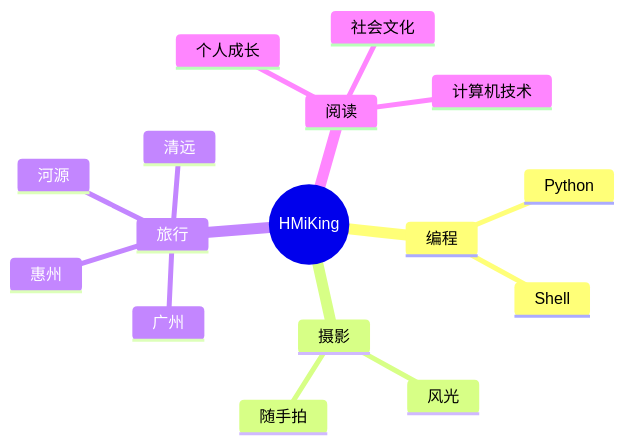
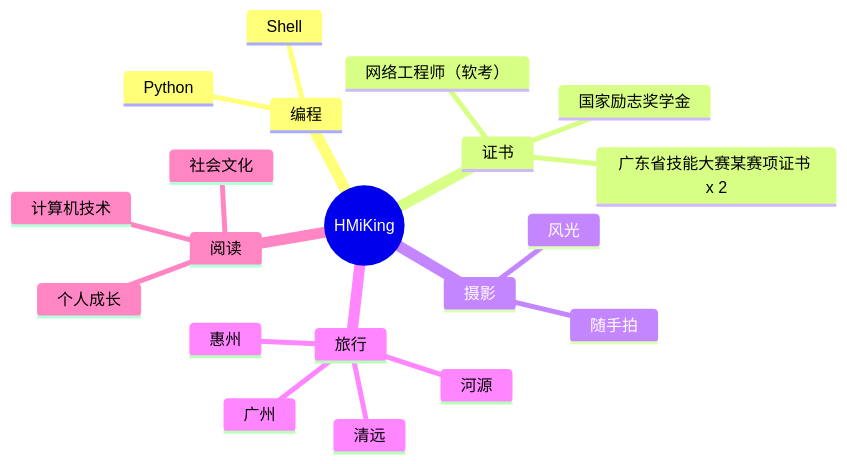
One commit to H-MiKing/H-MiKing changed the diagram in README.md. Above: the diagram before and after it, drawn with Mermaid. The commit also changed other lines of this file, not shown here.

````diff
--- a/README.md
+++ b/README.md
@@ -75,19 +75,23 @@
 ```mermaid
 mindmap
   root((HMiKing))
     编程
       Python
       Shell
+    证书
+      网络工程师（软考）
+      国家励志奖学金
+      广东省技能大赛某赛项证书 x 2
     摄影
       风光
       随手拍
     旅行
       广州
       惠州
       河源
       清远
     阅读
       个人成长
       社会文化
       计算机技术
 ```
````
